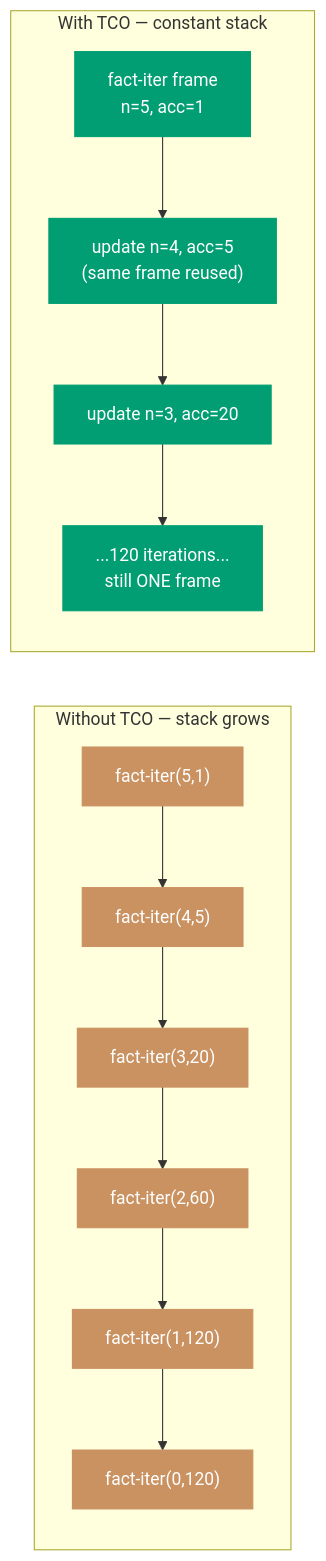
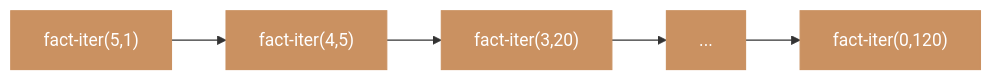
The fourth of 21 diagrams in apps/ayokoding-web/content/en/learn/software-engineering/compilers-and-interpreters/lisp-interpreter-in-fsharp/part-6-tail-call-optimization.md (wahidyankf/open-sharia-enterprise), drawn with Mermaid before and after one commit. The commit also changed other lines of this file and 6 other files, not shown here.

First line of the commit message:
fix(ayokoding-web): fix mermaid parse errors and split comparison diagrams

````diff
--- a/apps/ayokoding-web/content/en/learn/software-engineering/compilers-and-interpreters/lisp-interpreter-in-fsharp/part-6-tail-call-optimization.md
+++ b/apps/ayokoding-web/content/en/learn/software-engineering/compilers-and-interpreters/lisp-interpreter-in-fsharp/part-6-tail-call-optimization.md
@@ -68,29 +70,8 @@
 ```mermaid
 %% Color palette: Blue #0173B2, Orange #DE8F05, Teal #029E73, Purple #CC78BC, Brown #CA9161, Gray #808080
 flowchart LR
-    subgraph NoTCO["Without TCO — stack grows"]
-        direction TB
-        A1["fact-iter(5,1)"]
-        A2["fact-iter(4,5)"]
-        A3["fact-iter(3,20)"]
-        A4["fact-iter(2,60)"]
-        A5["fact-iter(1,120)"]
-        A6["fact-iter(0,120)"]
-        A1 --> A2 --> A3 --> A4 --> A5 --> A6
-    end
-
-    subgraph TCO["With TCO — constant stack"]
-        direction TB
-        B1["fact-iter frame\nn=5, acc=1"]
-        B2["update n=4, acc=5\n(same frame reused)"]
-        B3["update n=3, acc=20"]
-        B4["...120 iterations...\nstill ONE frame"]
-        B1 --> B2 --> B3 --> B4
-    end
+    A1["fact-iter(5,1)"] --> A2["fact-iter(4,5)"] --> A3["fact-iter(3,20)"] --> A4["..."] --> A5["fact-iter(0,120)"]
 
     classDef brown fill:#CA9161,color:#fff,stroke:#CA9161
-    classDef teal fill:#029E73,color:#fff,stroke:#029E73
-
-    class A1,A2,A3,A4,A5,A6 brown
-    class B1,B2,B3,B4 teal
+    class A1,A2,A3,A4,A5 brown
 ```
````
